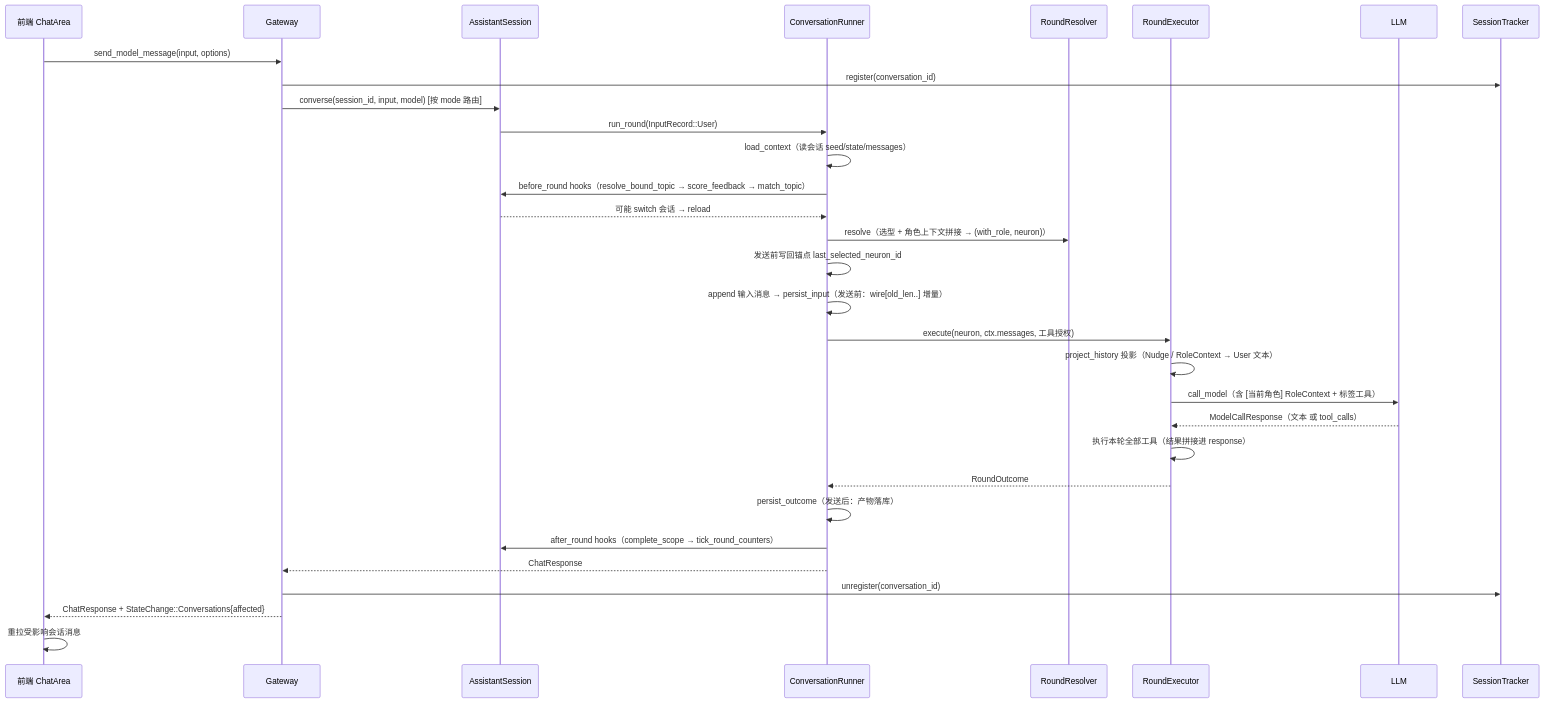
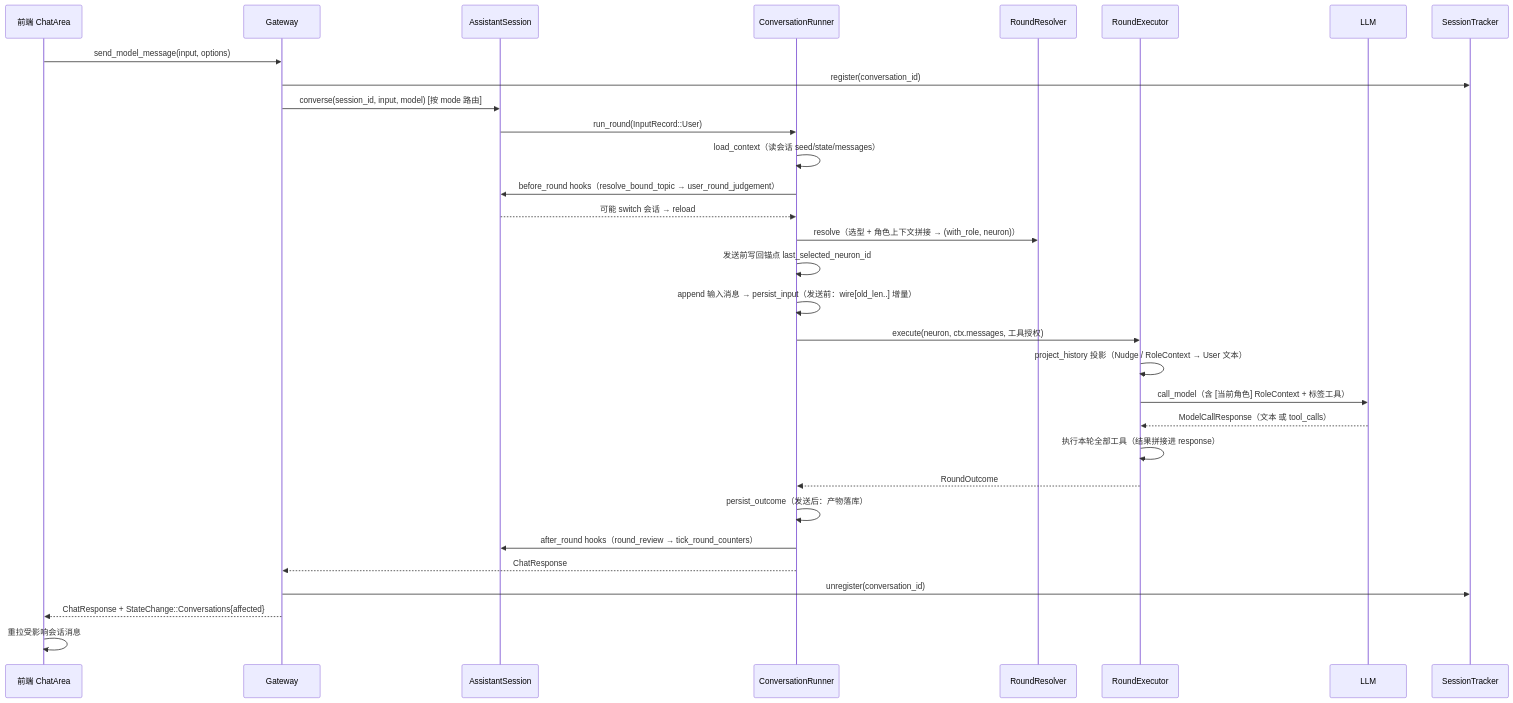
One commit to luoanb/new-start changed the seventh of 8 diagrams in docs/pulsar/session-message-architecture.md. Above: the diagram before and after it, drawn with Mermaid. The commit also changed other lines of this file and 30 other files, not shown here.

````diff
--- a/docs/pulsar/session-message-architecture.md
+++ b/docs/pulsar/session-message-architecture.md
@@ -247,34 +247,34 @@
 ```mermaid
 sequenceDiagram
   participant UI as 前端 ChatArea
   participant GW as Gateway
   participant AS as AssistantSession
   participant RUN as ConversationRunner
   participant RV as RoundResolver
   participant EX as RoundExecutor
   participant LLM as LLM
   participant ST as SessionTracker
 
   UI->>GW: send_model_message(input, options)
   GW->>ST: register(conversation_id)
   GW->>AS: converse(session_id, input, model)  [按 mode 路由]
   AS->>RUN: run_round(InputRecord::User)
   RUN->>RUN: load_context（读会话 seed/state/messages）
-  RUN->>AS: before_round hooks（resolve_bound_topic → score_feedback → match_topic）
+  RUN->>AS: before_round hooks（resolve_bound_topic → user_round_judgement）
   AS-->>RUN: 可能 switch 会话 → reload
   RUN->>RV: resolve（选型 + 角色上下文拼接 → (with_role, neuron)）
   RUN->>RUN: 发送前写回锚点 last_selected_neuron_id
   RUN->>RUN: append 输入消息 → persist_input（发送前：wire[old_len..] 增量）
   RUN->>EX: execute(neuron, ctx.messages, 工具授权)
   EX->>EX: project_history 投影（Nudge / RoleContext → User 文本）
   EX->>LLM: call_model（含 [当前角色] RoleContext + 标签工具）
   LLM-->>EX: ModelCallResponse（文本 或 tool_calls）
   EX->>EX: 执行本轮全部工具（结果拼接进 response）
   EX-->>RUN: RoundOutcome
   RUN->>RUN: persist_outcome（发送后：产物落库）
-  RUN->>AS: after_round hooks（complete_scope → tick_round_counters）
+  RUN->>AS: after_round hooks（round_review → tick_round_counters）
   RUN-->>GW: ChatResponse
   GW->>ST: unregister(conversation_id)
   GW-->>UI: ChatResponse + StateChange::Conversations{affected}
   UI->>UI: 重拉受影响会话消息
 ```
````
